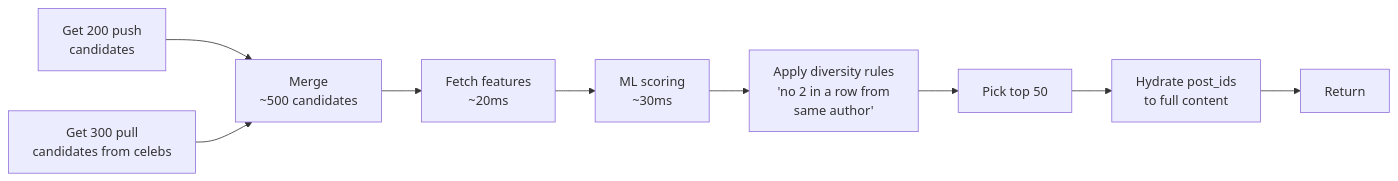
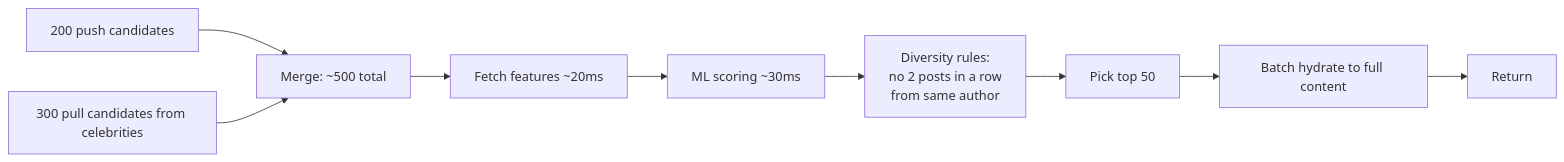
One commit to shiningflash/system-design changed diagram 11 of 11 in problems/002-news-feed/question.md. Above: the diagram before and after it, drawn with Mermaid. The commit also changed other lines of this file and 38 other files, not shown here.

````diff
--- a/problems/002-news-feed/question.md
+++ b/problems/002-news-feed/question.md
@@ -363,11 +484,13 @@
 ```mermaid
 flowchart LR
-    A[Get 200 push<br/>candidates] --> D[Merge<br/>~500 candidates]
-    B[Get 300 pull<br/>candidates from celebs] --> D
-    D --> E[Fetch features<br/>~20ms]
-    E --> F[ML scoring<br/>~30ms]
-    F --> G[Apply diversity rules<br/>'no 2 in a row from<br/>same author']
-    G --> H[Pick top 50]
-    H --> I[Hydrate post_ids<br/>to full content]
-    I --> J[Return]
+    A[200 push candidates] --> M[Merge: ~500 total]
+    B[300 pull candidates from celebrities] --> M
+    M --> F[Fetch features ~20ms]
+    F --> S[ML scoring ~30ms]
+    S --> D[Diversity rules:<br/>no 2 posts in a row<br/>from same author]
+    D --> P[Pick top 50]
+    P --> H[Batch hydrate to full content]
+    H --> Z[Return]
+
+    classDef app fill:#dcfce7,stroke:#15803d,color:#14532d
 ```
````
